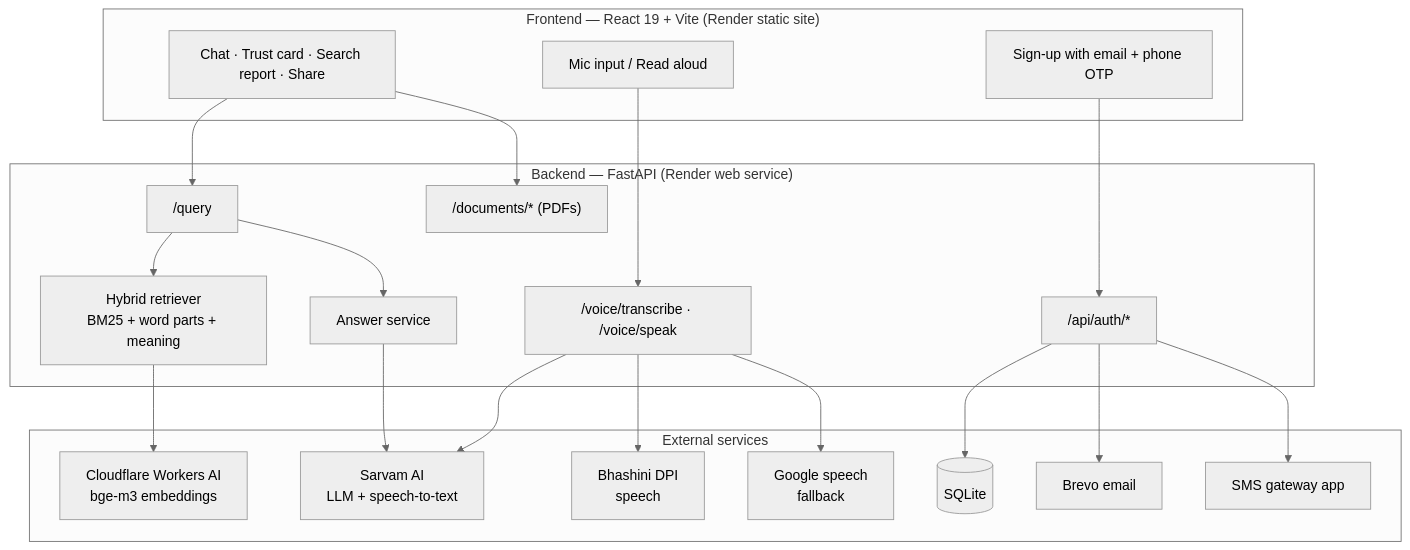
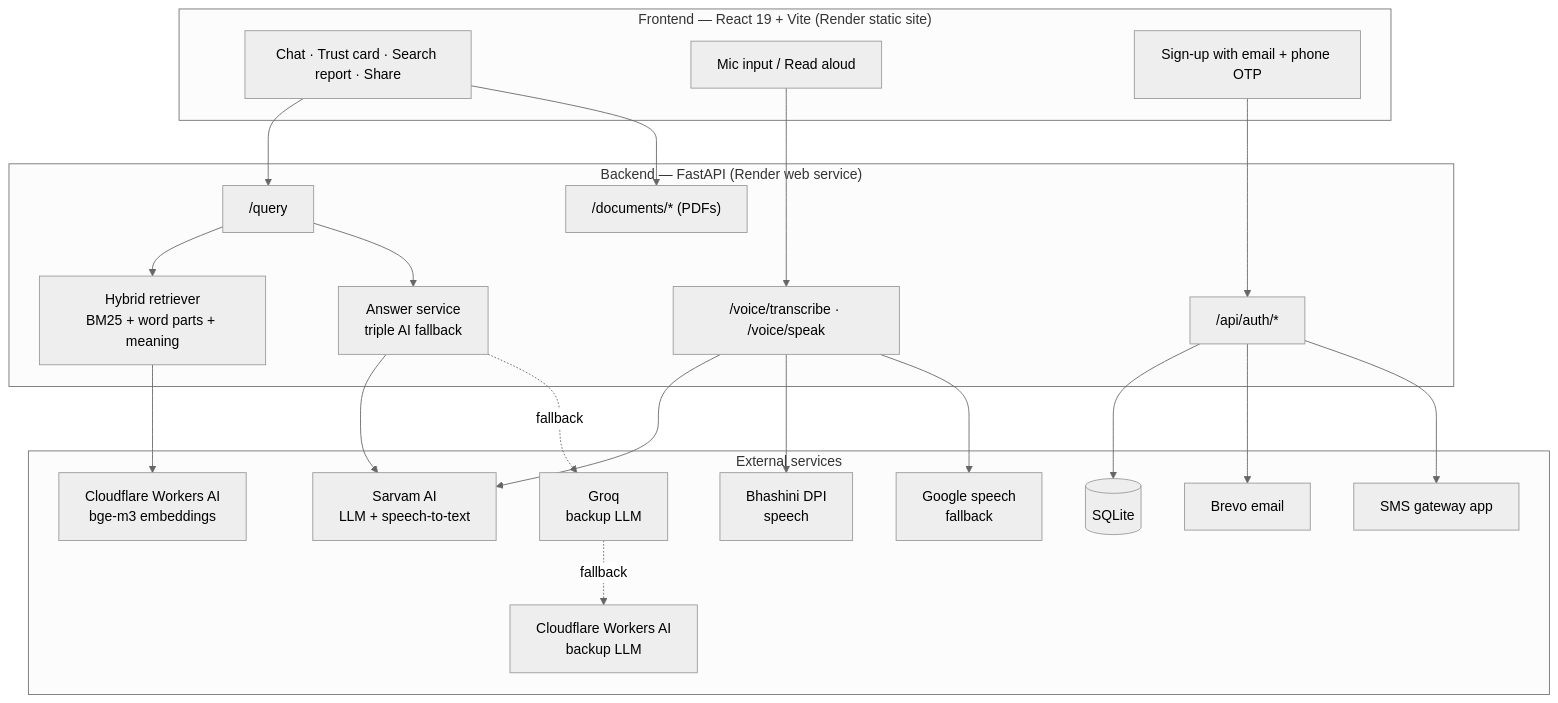
The second of 2 diagrams in README.md (Anadijain1234/Sahakar-Sahayak), drawn with Mermaid (neutral theme) before and after one commit. The commit also changed other lines of this file and 24 other files, not shown here.

Commit message:
Triple AI fallback, admin page, 3-AI benchmark

````diff
--- a/README.md
+++ b/README.md
@@ -123,34 +147,37 @@
 ```mermaid
 flowchart TD
     subgraph Client["Frontend — React 19 + Vite (Render static site)"]
         UI[Chat · Trust card · Search report · Share]
         Voice[Mic input / Read aloud]
         AuthUI[Sign-up with email + phone OTP]
     end
 
     subgraph Backend["Backend — FastAPI (Render web service)"]
         Q["/query"]
         V["/voice/transcribe · /voice/speak"]
         AU["/api/auth/*"]
         DOCS["/documents/* (PDFs)"]
         RET[Hybrid retriever<br/>BM25 + word parts + meaning]
-        RAG[Answer service]
+        RAG[Answer service<br/>triple AI fallback]
     end
 
     subgraph External["External services"]
         SARVAM[Sarvam AI<br/>LLM + speech-to-text]
+        GROQ[Groq<br/>backup LLM]
+        CFL[Cloudflare Workers AI<br/>backup LLM]
         CF[Cloudflare Workers AI<br/>bge-m3 embeddings]
         BH[Bhashini DPI<br/>speech]
         GG[Google speech<br/>fallback]
         BREVO[Brevo email]
         SMS[SMS gateway app]
         DB[(SQLite)]
     end
 
     UI --> Q --> RET --> CF
     Q --> RAG --> SARVAM
+    RAG -.fallback.-> GROQ -.fallback.-> CFL
     Voice --> V --> SARVAM & BH & GG
     AuthUI --> AU --> DB
     AU --> BREVO & SMS
     UI --> DOCS
 ```
````
